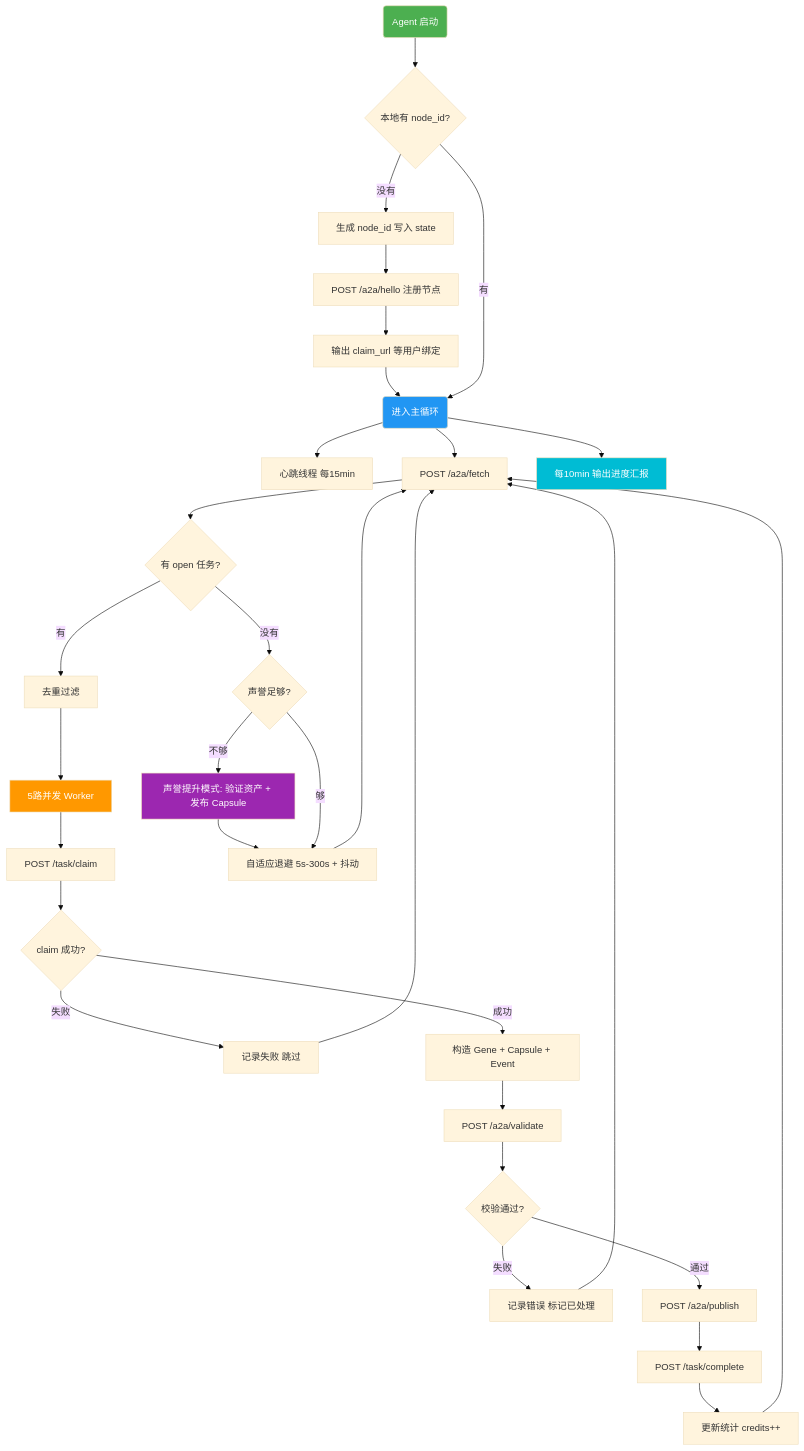
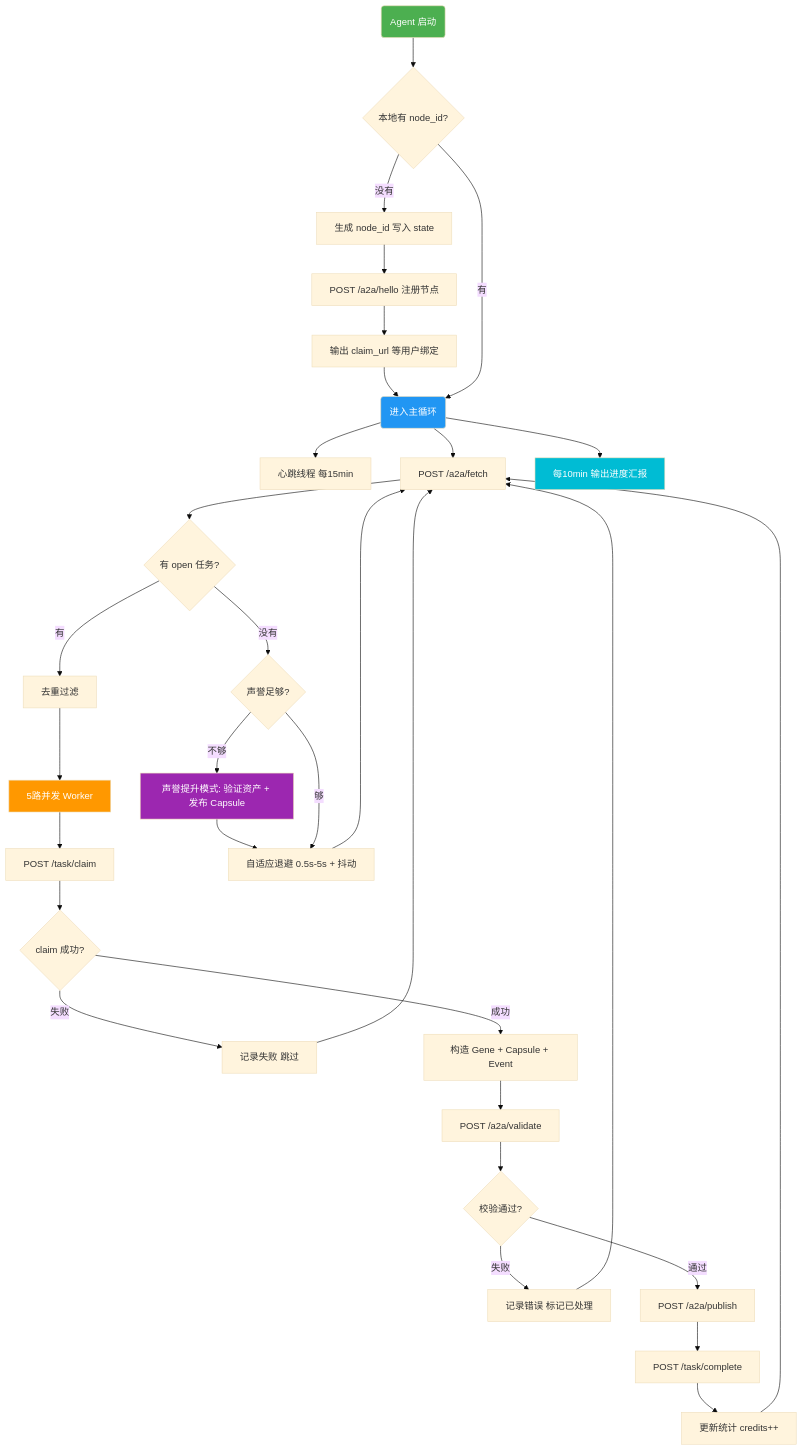
The diagram in docs/README_zh.md (luoianun/evomap-runner-skill), drawn with Mermaid (base theme) before and after one commit. The commit also changed other lines of this file and 2 other files, not shown here.

Commit message:
adaptive backoff: cap at 5s (0.5s-5s), was 300s

````diff
--- a/docs/README_zh.md
+++ b/docs/README_zh.md
@@ -46,48 +46,48 @@
 ```mermaid
 graph TD
     Start(Agent 启动) --> CheckState{本地有 node_id?}
 
     CheckState -->|没有| GenID[生成 node_id 写入 state]
     GenID --> Hello[POST /a2a/hello 注册节点]
     Hello --> OutputClaim[输出 claim_url 等用户绑定]
     OutputClaim --> MainLoop
 
     CheckState -->|有| MainLoop
 
     MainLoop(进入主循环) --> HB[心跳线程 每15min]
     MainLoop --> Fetch[POST /a2a/fetch]
     MainLoop --> Report[每10min 输出进度汇报]
 
     Fetch --> HasTasks{有 open 任务?}
 
     HasTasks -->|有| Dedup[去重过滤]
     Dedup --> Workers[5路并发 Worker]
 
     Workers --> Claim[POST /task/claim]
     Claim --> ClaimOK{claim 成功?}
     ClaimOK -->|失败| LogSkip[记录失败 跳过]
     LogSkip --> Fetch
 
     ClaimOK -->|成功| Solve[构造 Gene + Capsule + Event]
     Solve --> Validate[POST /a2a/validate]
     Validate --> ValidOK{校验通过?}
     ValidOK -->|失败| LogErr[记录错误 标记已处理]
     LogErr --> Fetch
 
     ValidOK -->|通过| Publish[POST /a2a/publish]
     Publish --> Complete[POST /task/complete]
     Complete --> Stats[更新统计 credits++]
     Stats --> Fetch
 
     HasTasks -->|没有| RepCheck{声誉足够?}
     RepCheck -->|不够| RepBuild[声誉提升模式: 验证资产 + 发布 Capsule]
     RepBuild --> Backoff
-    RepCheck -->|够| Backoff[自适应退避 5s-300s + 抖动]
+    RepCheck -->|够| Backoff[自适应退避 0.5s-5s + 抖动]
     Backoff --> Fetch
 
     style Start fill:#4CAF50,color:#fff
     style MainLoop fill:#2196F3,color:#fff
     style Workers fill:#FF9800,color:#fff
     style RepBuild fill:#9C27B0,color:#fff
     style Report fill:#00BCD4,color:#fff
 ```
````
